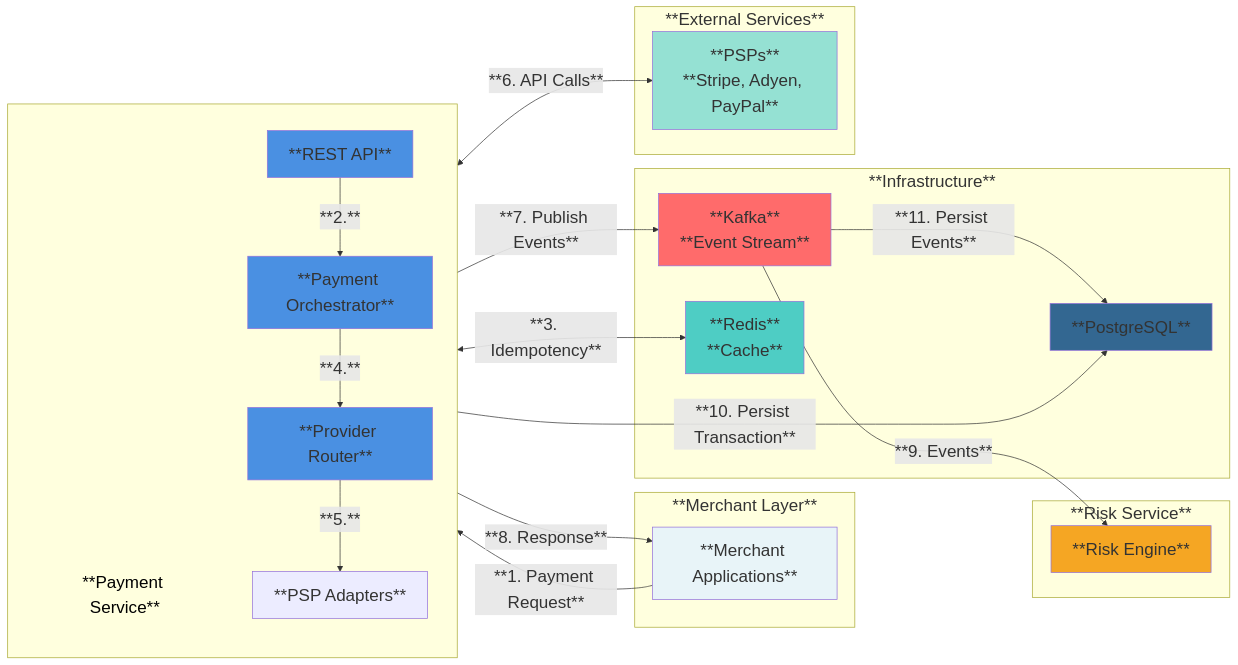
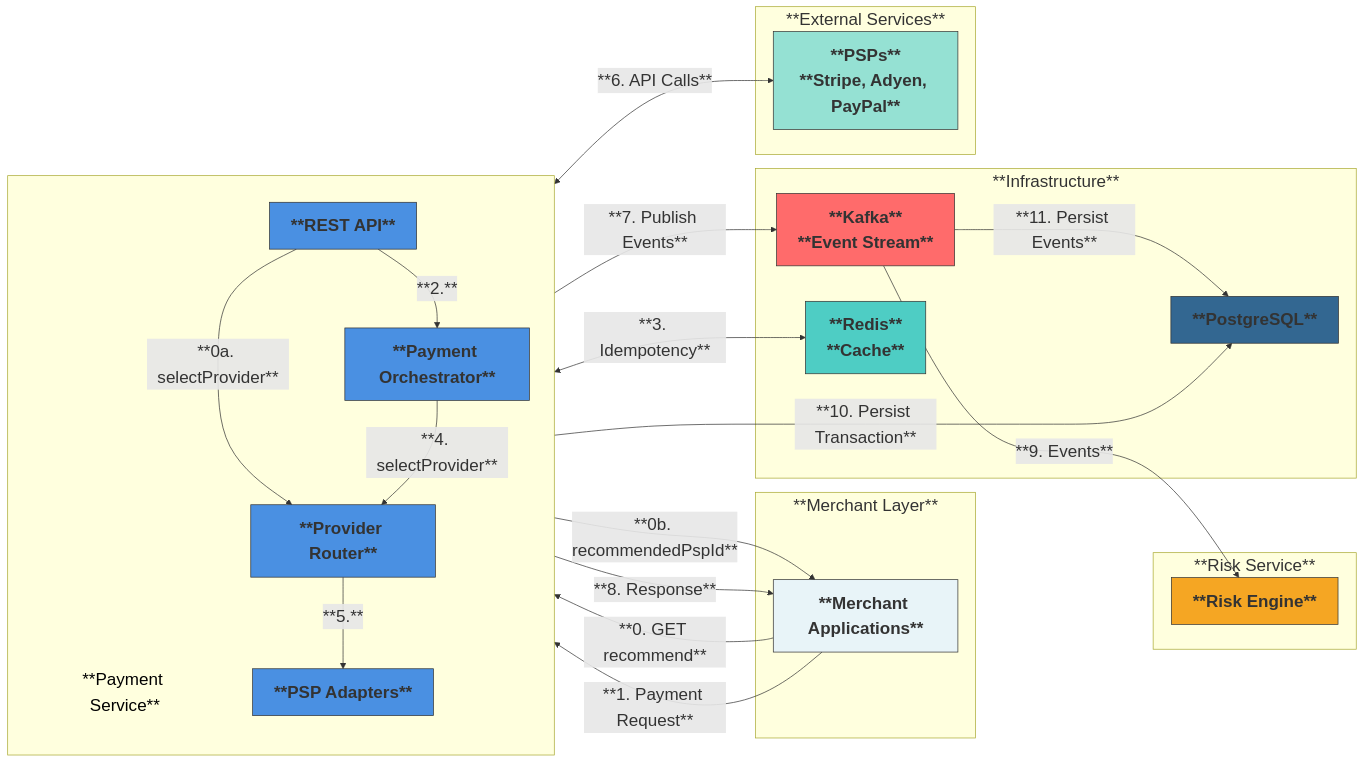
The first of 3 diagrams in README.md (mehal1/payment-integration-framework), drawn with Mermaid before and after one commit. The commit also changed other lines of this file and 6 other files, not shown here.

Commit message:
recommend, get token, then route design update as payment token reuired for payment processing is psp specific

````diff
--- a/README.md
+++ b/README.md
@@ -110,63 +107,67 @@
 ```mermaid
 ---
 config:
   themeVariables:
     fontSize: 24px
     fontFamily: ''
     primaryTextColor: '#000000'
     lineColor: '#333333'
     primaryBorderColor: '#333333'
     subgraphPadding: 50
   layout: dagre
 ---
 graph LR
     subgraph ML["**Merchant Layer**"]
         MerchantApps[**Merchant Applications**]
     end
 
     subgraph PS[" "]
         direction TB
         PSLabel["**Payment Service**"]
         API[**REST API**]
         Orchestrator[**Payment Orchestrator**]
         Router[**Provider Router**]
         Adapters[**PSP Adapters**]
     end
 
     subgraph DL["**Infrastructure**"]
         Kafka[**Kafka**<br/>**Event Stream**]
         Redis[**Redis**<br/>**Cache**]
         PostgreSQL[**PostgreSQL**]
     end
 
     subgraph RS["**Risk Service**"]
         RiskEngine[**Risk Engine**]
     end
 
     subgraph ES["**External Services**"]
         PSPs[**PSPs**<br/>**Stripe, Adyen, PayPal**]
     end
 
+    MerchantApps -->|**0. GET recommend**| API
+    API -->|**0a. selectProvider**| Router
+    API -->|**0b. recommendedPspId**| MerchantApps
     MerchantApps -->|**1. Payment Request**| API
     API -->|**2.**| Orchestrator
     Orchestrator <-->|**3. Idempotency**| Redis
-    Orchestrator -->|**4.**| Router
+    Orchestrator -->|**4. selectProvider**| Router
     Router -->|**5.**| Adapters
     Adapters <-->|**6. API Calls**| PSPs
     Orchestrator -->|**7. Publish Events**| Kafka
     Orchestrator -->|**10. Persist Transaction**| PostgreSQL
     Kafka -->|**9. Events**| RiskEngine
     Kafka -->|**11. Persist Events**| PostgreSQL
     API -->|**8. Response**| MerchantApps
 
-    style API fill:#4A90E2
-    style Orchestrator fill:#4A90E2
-    style Router fill:#4A90E2
-    style Kafka fill:#FF6B6B
-    style Redis fill:#4ECDC4
-    style PostgreSQL fill:#336791
-    style PSPs fill:#95E1D3
-    style MerchantApps fill:#E8F4F8
+    style API fill:#4A90E2,stroke:#333,font-weight:bold
+    style Orchestrator fill:#4A90E2,stroke:#333,font-weight:bold
+    style Router fill:#4A90E2,stroke:#333,font-weight:bold
+    style Adapters fill:#4A90E2,stroke:#333,font-weight:bold
+    style Kafka fill:#FF6B6B,stroke:#333,font-weight:bold
+    style Redis fill:#4ECDC4,stroke:#333,font-weight:bold
+    style PostgreSQL fill:#336791,stroke:#333,font-weight:bold
+    style PSPs fill:#95E1D3,stroke:#333,font-weight:bold
+    style MerchantApps fill:#E8F4F8,stroke:#333,font-weight:bold
     style PSLabel fill:transparent,stroke:transparent,color:#000000
-    style RiskEngine fill:#F5A623
+    style RiskEngine fill:#F5A623,stroke:#333,font-weight:bold
 ```
````
